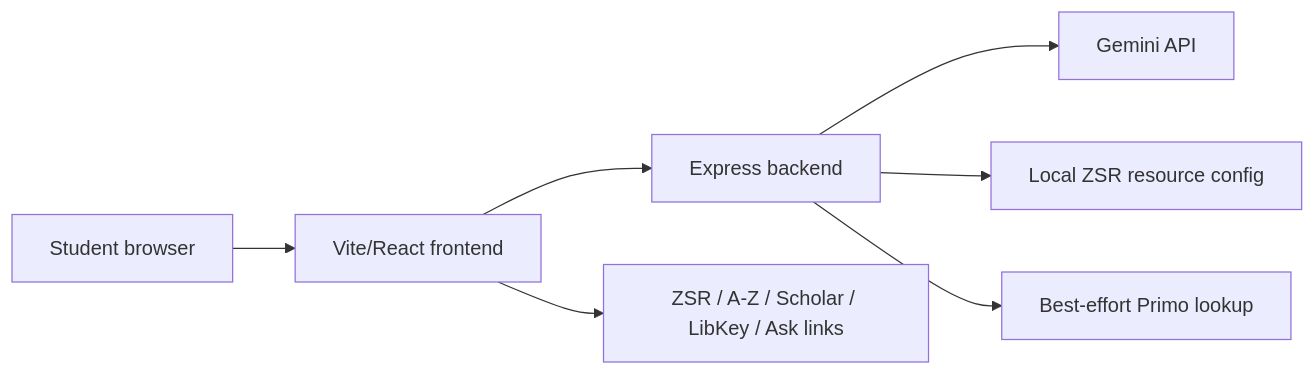
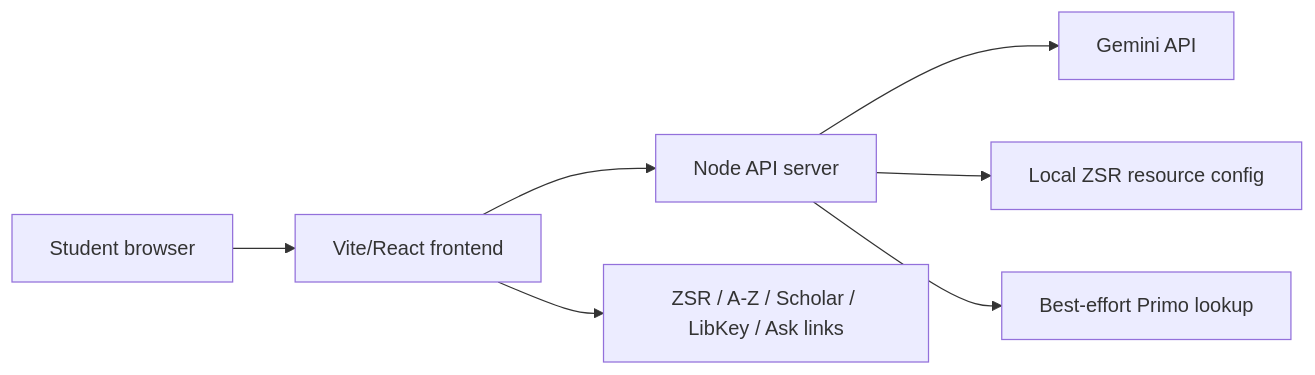
The diagram in docs/architecture-summary.md (aidanoliss/ZSR-Library-AI-Research-Navigator), drawn with Mermaid before and after one commit. The commit also changed other lines of this file and 26 other files, not shown here.

````diff
--- a/docs/architecture-summary.md
+++ b/docs/architecture-summary.md
@@ -5,9 +5,9 @@
 ```mermaid
 flowchart LR
   Student["Student browser"] --> React["Vite/React frontend"]
-  React --> Express["Express backend"]
-  Express --> Gemini["Gemini API"]
-  Express --> Config["Local ZSR resource config"]
-  Express --> Primo["Best-effort Primo lookup"]
+  React --> Server["Node API server"]
+  Server --> Gemini["Gemini API"]
+  Server --> Config["Local ZSR resource config"]
+  Server --> Primo["Best-effort Primo lookup"]
   React --> Links["ZSR / A-Z / Scholar / LibKey / Ask links"]
 ```
````
